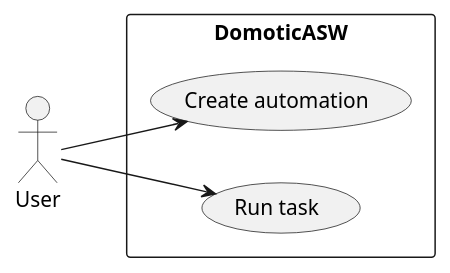
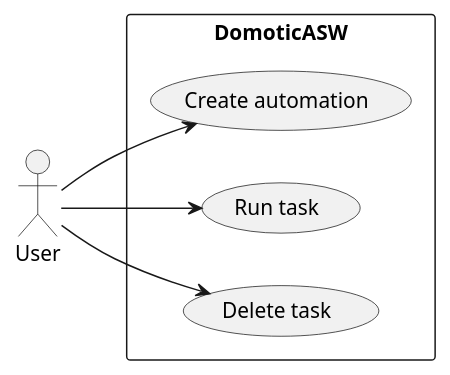
Before and after one commit to DomoticASW/.github: the diagram in diagrams/src/use-case.puml, drawn with PlantUML. The commit also changed 1 other file, not shown here.

```diff
--- a/diagrams/src/use-case.puml
+++ b/diagrams/src/use-case.puml
@@ -1,12 +1,13 @@
 @startuml use-case
 
 left to right direction
 
 actor User
 
 rectangle DomoticASW {
     User --> (Create automation)
     User --> (Run task)
+    User --> (Delete task)
 }
 
 @enduml
```
